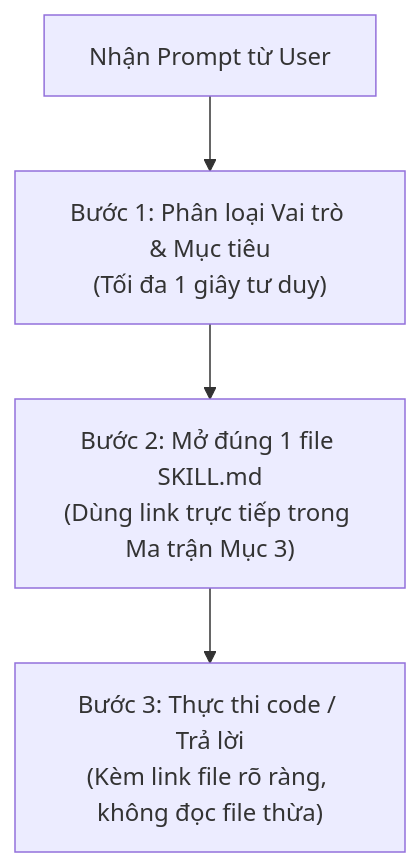
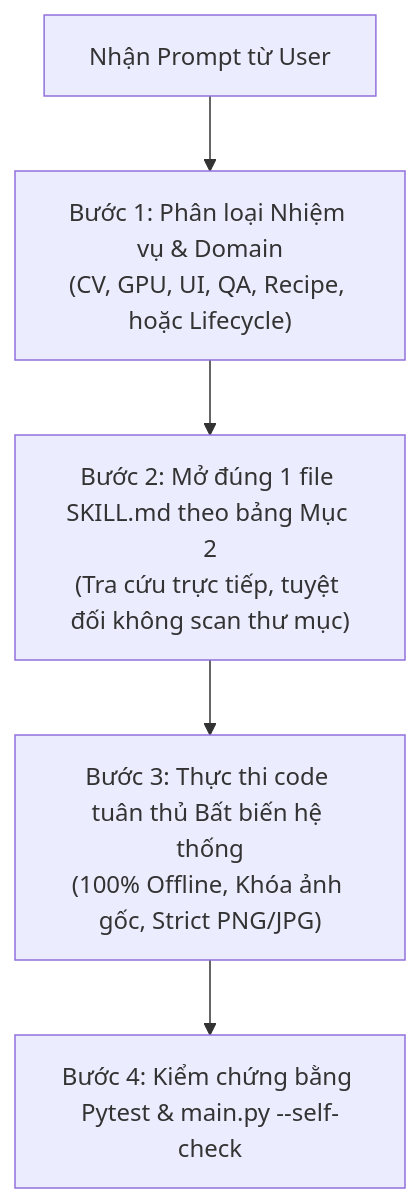
The diagram in AGENT.md (Khoidep-zai/BLUEPRINT), drawn with Mermaid before and after one commit. The commit also changed other lines of this file and 775 other files, not shown here.

Commit message:
feat: complete Photo AI Desktop application with offline local GPU pipeline, PySide6 UI, and agent skills

````diff
--- a/AGENT.md
+++ b/AGENT.md
@@ -150,6 +94,7 @@
 ```mermaid
 flowchart TD
-    A["Nhận Prompt từ User"] --> B["Bước 1: Phân loại Vai trò & Mục tiêu<br/>(Tối đa 1 giây tư duy)"]
-    B --> C["Bước 2: Mở đúng 1 file SKILL.md<br/>(Dùng link trực tiếp trong Ma trận Mục 3)"]
-    C --> D["Bước 3: Thực thi code / Trả lời<br/>(Kèm link file rõ ràng, không đọc file thừa)"]
+    A["Nhận Prompt từ User"] --> B["Bước 1: Phân loại Nhiệm vụ & Domain<br/>(CV, GPU, UI, QA, Recipe, hoặc Lifecycle)"]
+    B --> C["Bước 2: Mở đúng 1 file SKILL.md theo bảng Mục 2<br/>(Tra cứu trực tiếp, tuyệt đối không scan thư mục)"]
+    C --> D["Bước 3: Thực thi code tuân thủ Bất biến hệ thống<br/>(100% Offline, Khóa ảnh gốc, Strict PNG/JPG)"]
+    D --> E["Bước 4: Kiểm chứng bằng Pytest & main.py --self-check"]
 ```
````
